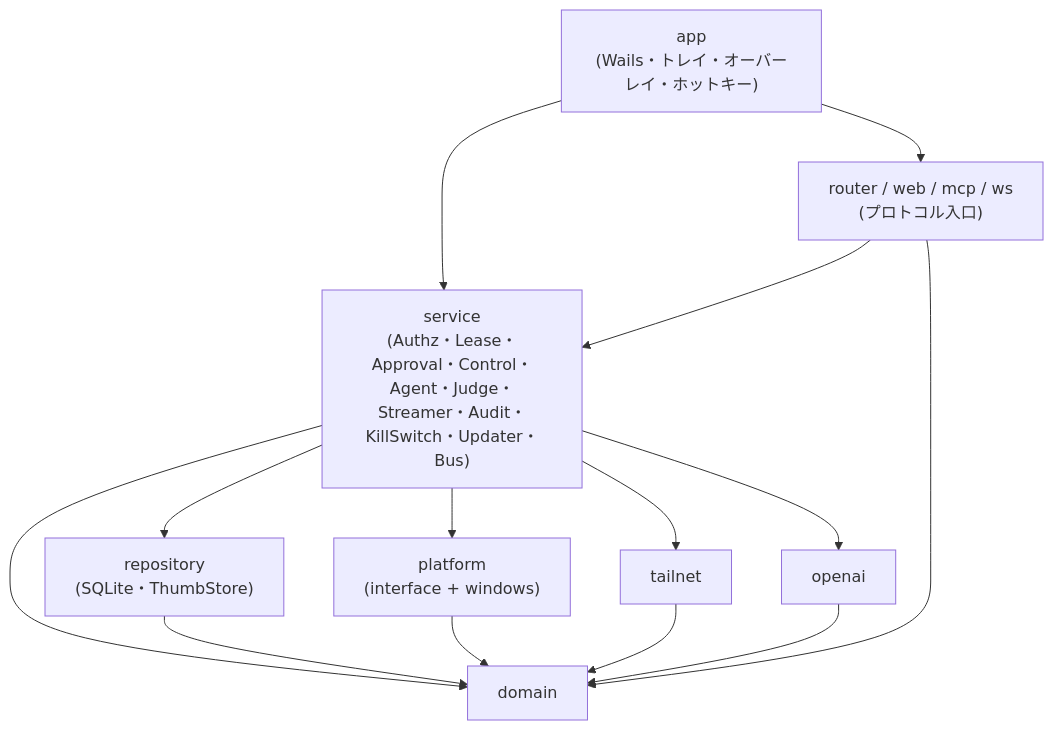
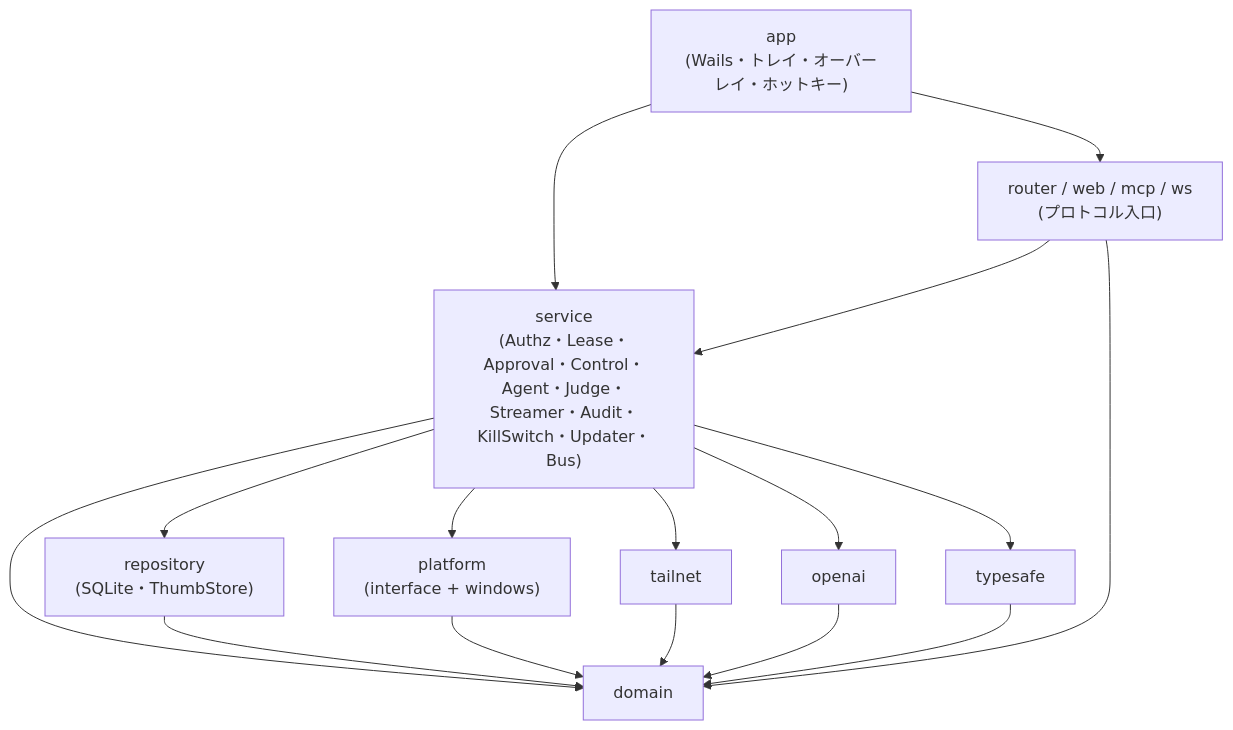
The first of 3 diagrams in docs/components/overview.md (ousiassllc/puppet-remo), drawn with Mermaid before and after one commit. The commit also changed other lines of this file and 7 other files, not shown here.

````diff
--- a/docs/components/overview.md
+++ b/docs/components/overview.md
@@ -9,25 +9,28 @@
 ```mermaid
 graph TD
     app["app<br/>(Wails・トレイ・オーバーレイ・ホットキー)"]
     router["router / web / mcp / ws<br/>(プロトコル入口)"]
     svc["service<br/>(Authz・Lease・Approval・Control・Agent・Judge・Streamer・Audit・KillSwitch・Updater・Bus)"]
     repo["repository<br/>(SQLite・ThumbStore)"]
     plat["platform<br/>(interface + windows)"]
     tn["tailnet"]
     oa["openai"]
+    ty["typesafe"]
     dom["domain"]
 
     app --> router
     app --> svc
     router --> svc
     svc --> repo
     svc --> plat
     svc --> tn
     svc --> oa
+    svc --> ty
     svc --> dom
     repo --> dom
     plat --> dom
     tn --> dom
     oa --> dom
+    ty --> dom
     router --> dom
 ```
````
